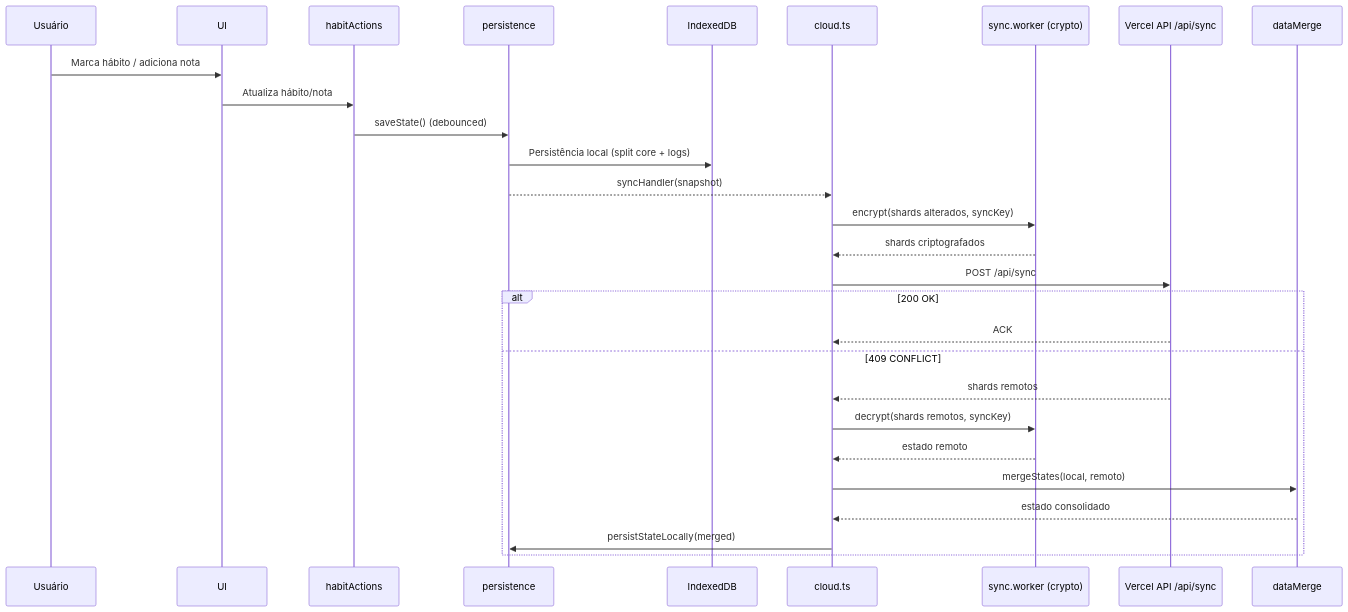
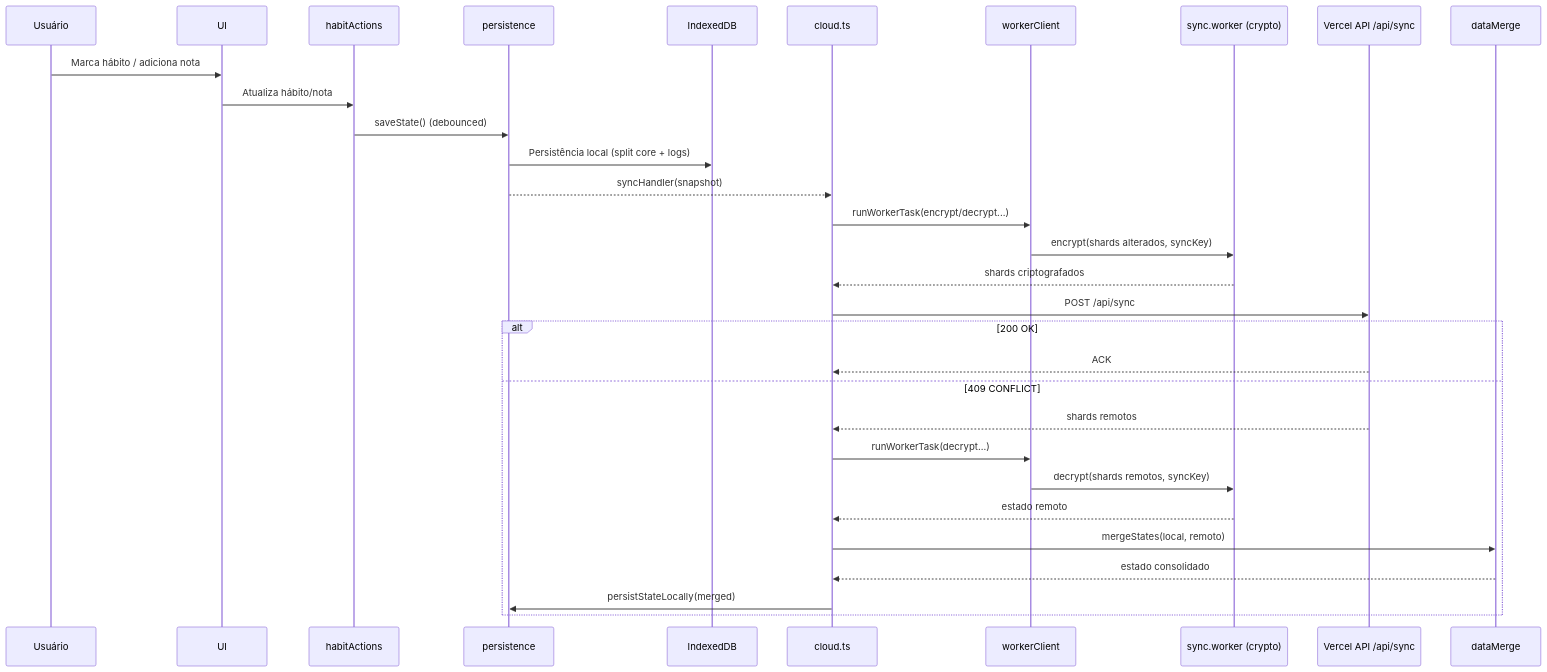
One commit to farifran/askesis changed the fourth of 5 diagrams in docs/ARCHITECTURE.md. Above: the diagram before and after it, drawn with Mermaid. The commit also changed other lines of this file and 2 other files, not shown here.

Commit message:
Refactor architecture diagrams: update component relationships and enhance clarity in event handling

````diff
--- a/docs/ARCHITECTURE.md
+++ b/docs/ARCHITECTURE.md
@@ -103,31 +117,34 @@
 ```mermaid
 sequenceDiagram
   participant User as Usuário
   participant UI as UI
   participant Actions as habitActions
   participant Persist as persistence
   participant DB as IndexedDB
   participant Cloud as cloud.ts
+  participant WRPC as workerClient
   participant Crypto as sync.worker (crypto)
   participant API as Vercel API /api/sync
   participant Merge as dataMerge
 
   User->>UI: Marca hábito / adiciona nota
   UI->>Actions: Atualiza hábito/nota
   Actions->>Persist: saveState() (debounced)
   Persist->>DB: Persistência local (split core + logs)
   Persist-->>Cloud: syncHandler(snapshot)
-  Cloud->>Crypto: encrypt(shards alterados, syncKey)
+  Cloud->>WRPC: runWorkerTask(encrypt/decrypt...)
+  WRPC->>Crypto: encrypt(shards alterados, syncKey)
   Crypto-->>Cloud: shards criptografados
   Cloud->>API: POST /api/sync
   alt 200 OK
     API-->>Cloud: ACK
   else 409 CONFLICT
     API-->>Cloud: shards remotos
-    Cloud->>Crypto: decrypt(shards remotos, syncKey)
+    Cloud->>WRPC: runWorkerTask(decrypt...)
+    WRPC->>Crypto: decrypt(shards remotos, syncKey)
     Crypto-->>Cloud: estado remoto
     Cloud->>Merge: mergeStates(local, remoto)
     Merge-->>Cloud: estado consolidado
     Cloud->>Persist: persistStateLocally(merged)
   end
 ```
````
